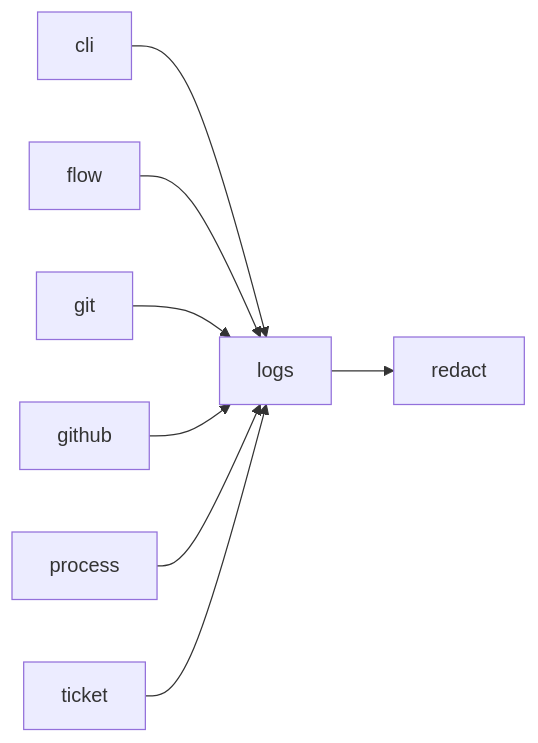
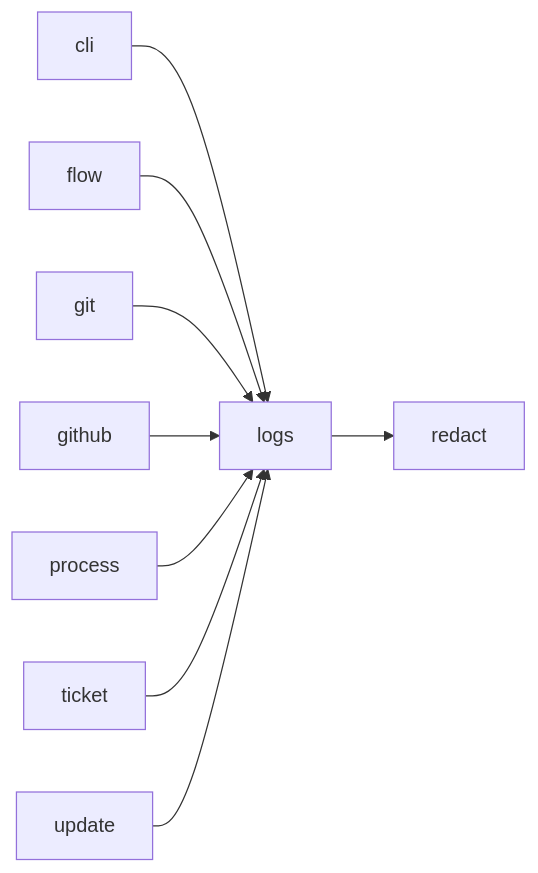
One commit to plaplanche/ariane changed the third of 3 diagrams in docs/architecture/modules/logs.md. Above: the diagram before and after it, drawn with Mermaid. The commit also changed other lines of this file and 33 other files, not shown here.

````diff
--- a/docs/architecture/modules/logs.md
+++ b/docs/architecture/modules/logs.md
@@ -89,10 +90,11 @@
 ```mermaid
 flowchart LR
   cli --> logs
   flow --> logs
   git --> logs
   github --> logs
   logs --> redact
   process --> logs
   ticket --> logs
+  update --> logs
 ```
````
